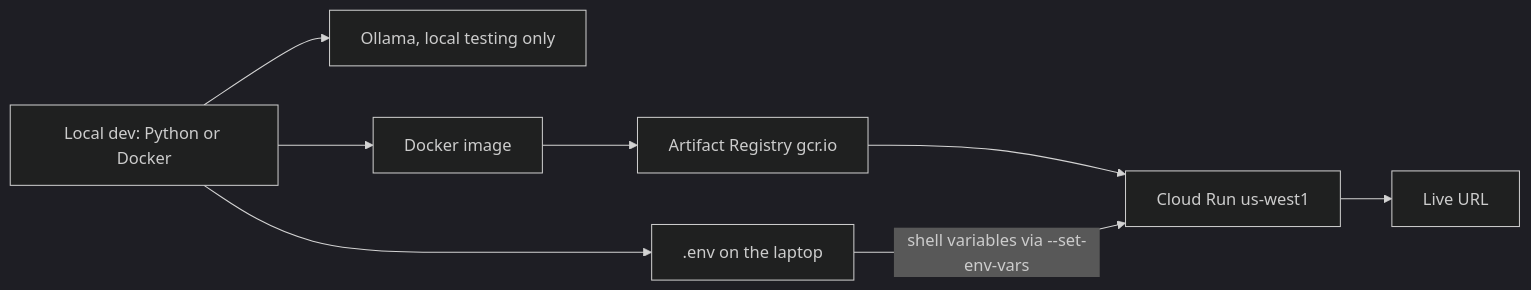
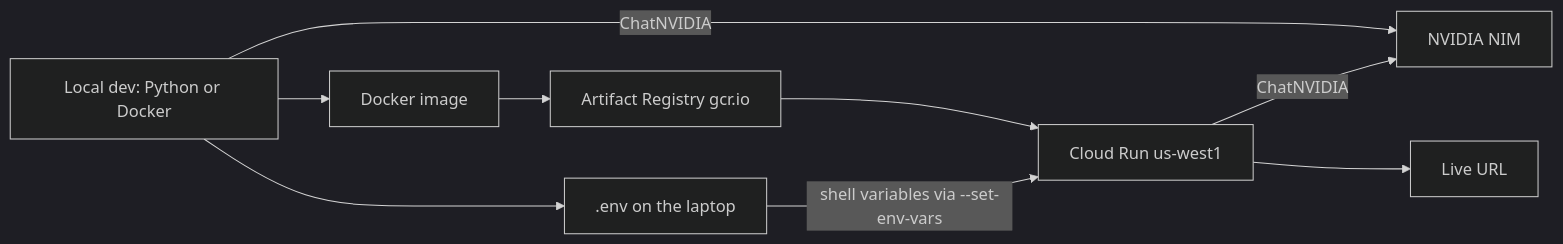
Before and after one commit to aadit11/AgenticAIOne: the third of 3 diagrams in README.md, drawn with Mermaid (dark theme). The commit also changed other lines of this file, not shown here.

Commit message:
Document NVIDIA NIM as the model local runs and Cloud Run both use.

````diff
--- a/README.md
+++ b/README.md
@@ -181,18 +181,19 @@
 ```mermaid
 flowchart LR
   Laptop[Local dev: Python or Docker]
-  Ollama[Ollama, local testing only]
+  NIM[NVIDIA NIM]
   Dotenv[.env on the laptop]
   Image[Docker image]
   Registry[Artifact Registry gcr.io]
   Run[Cloud Run us-west1]
   URL[Live URL]
 
-  Laptop --> Ollama
+  Laptop -->|ChatNVIDIA| NIM
+  Run -->|ChatNVIDIA| NIM
   Laptop --> Dotenv
   Laptop --> Image
   Image --> Registry
   Registry --> Run
   Dotenv -->|shell variables via --set-env-vars| Run
   Run --> URL
 ```
````
